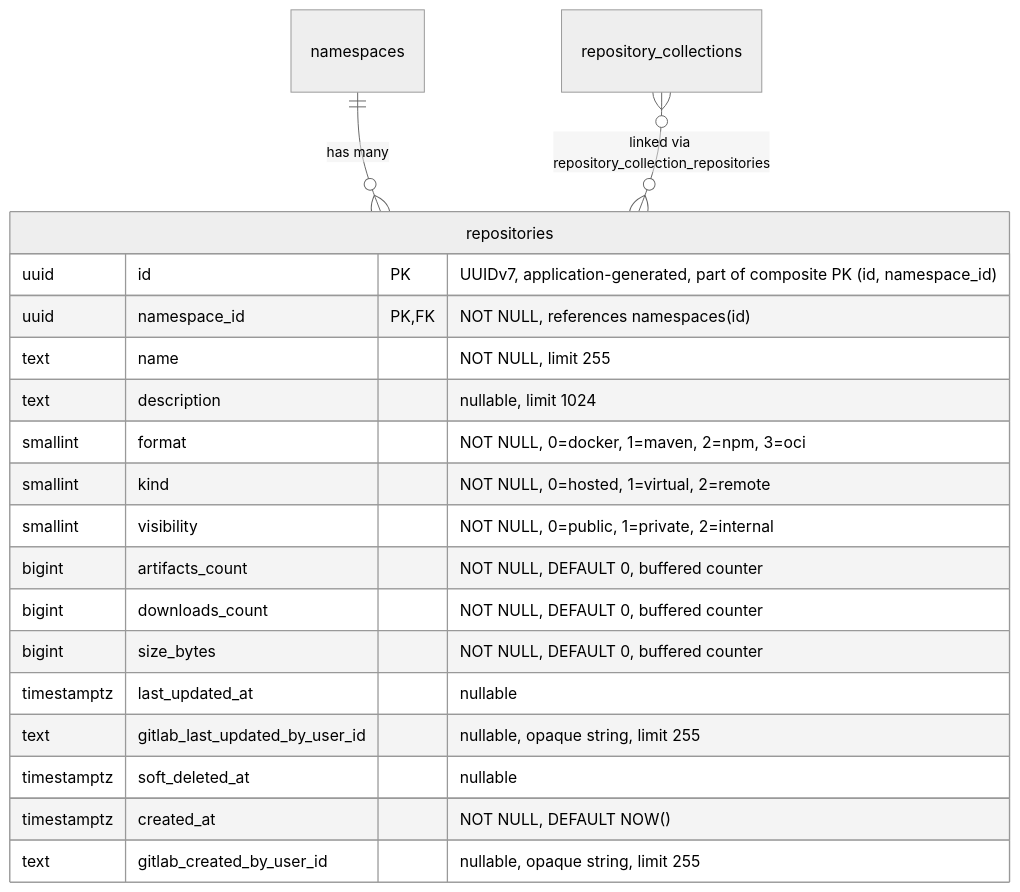
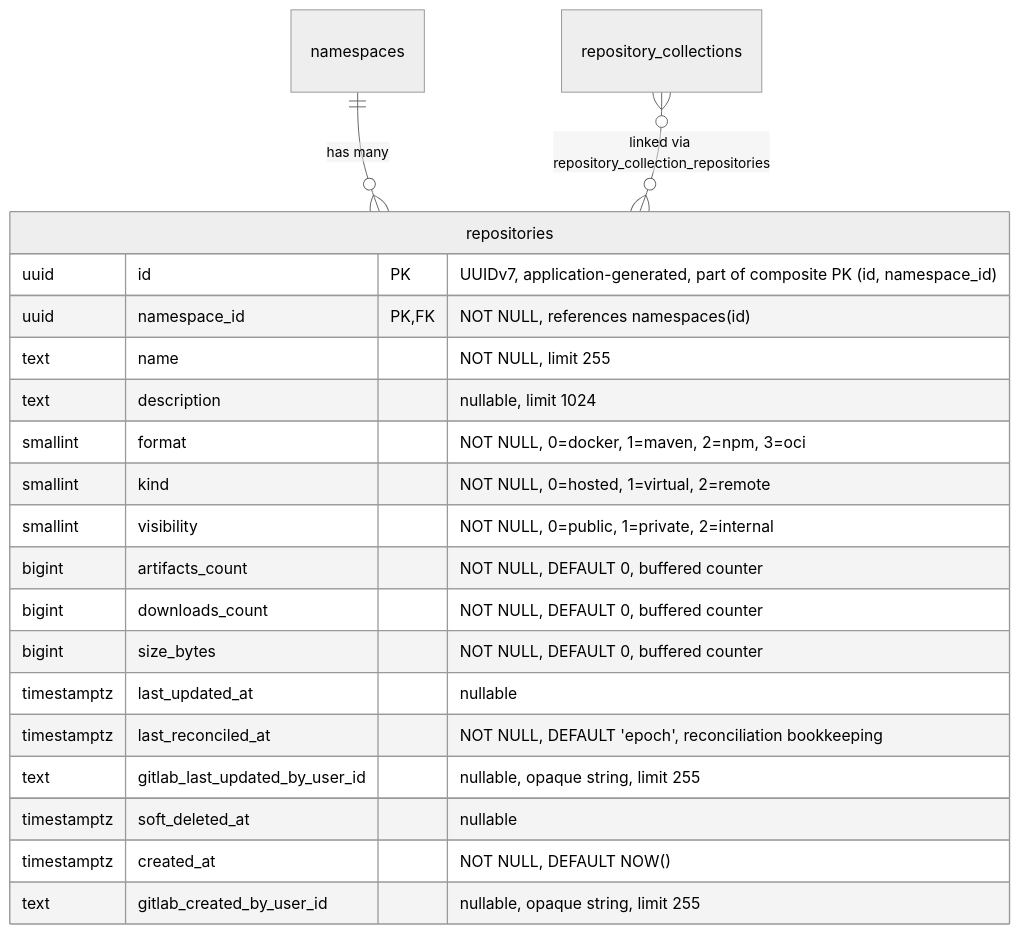
Before and after one commit to kyama0/gitlab-handbook-ja: the third of 19 diagrams in content/handbook/engineering/architecture/design-documents/artifact_registry/decisions/007_database_schema.md, drawn with Mermaid (neutral theme). The commit also changed other lines of this file and 98 other files, not shown here.

````diff
--- a/content/handbook/engineering/architecture/design-documents/artifact_registry/decisions/007_database_schema.md
+++ b/content/handbook/engineering/architecture/design-documents/artifact_registry/decisions/007_database_schema.md
@@ -149,23 +149,24 @@
 ```mermaid
 erDiagram
     namespaces ||--o{ repositories : "has many"
     repository_collections }o--o{ repositories : "linked via repository_collection_repositories"
 
     repositories {
         uuid id PK "UUIDv7, application-generated, part of composite PK (id, namespace_id)"
         uuid namespace_id PK,FK "NOT NULL, references namespaces(id)"
         text name "NOT NULL, limit 255"
         text description "nullable, limit 1024"
         smallint format "NOT NULL, 0=docker, 1=maven, 2=npm, 3=oci"
         smallint kind "NOT NULL, 0=hosted, 1=virtual, 2=remote"
         smallint visibility "NOT NULL, 0=public, 1=private, 2=internal"
         bigint artifacts_count "NOT NULL, DEFAULT 0, buffered counter"
         bigint downloads_count "NOT NULL, DEFAULT 0, buffered counter"
         bigint size_bytes "NOT NULL, DEFAULT 0, buffered counter"
         timestamptz last_updated_at "nullable"
+        timestamptz last_reconciled_at "NOT NULL, DEFAULT 'epoch', reconciliation bookkeeping"
         text gitlab_last_updated_by_user_id "nullable, opaque string, limit 255"
         timestamptz soft_deleted_at "nullable"
         timestamptz created_at "NOT NULL, DEFAULT NOW()"
         text gitlab_created_by_user_id "nullable, opaque string, limit 255"
     }
 ```
````
